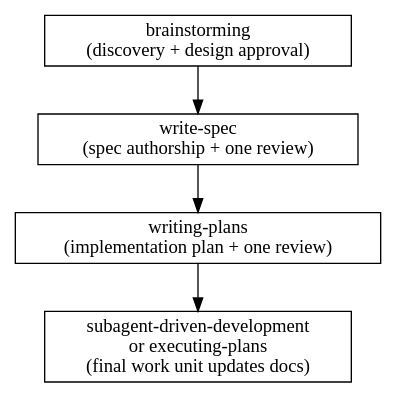
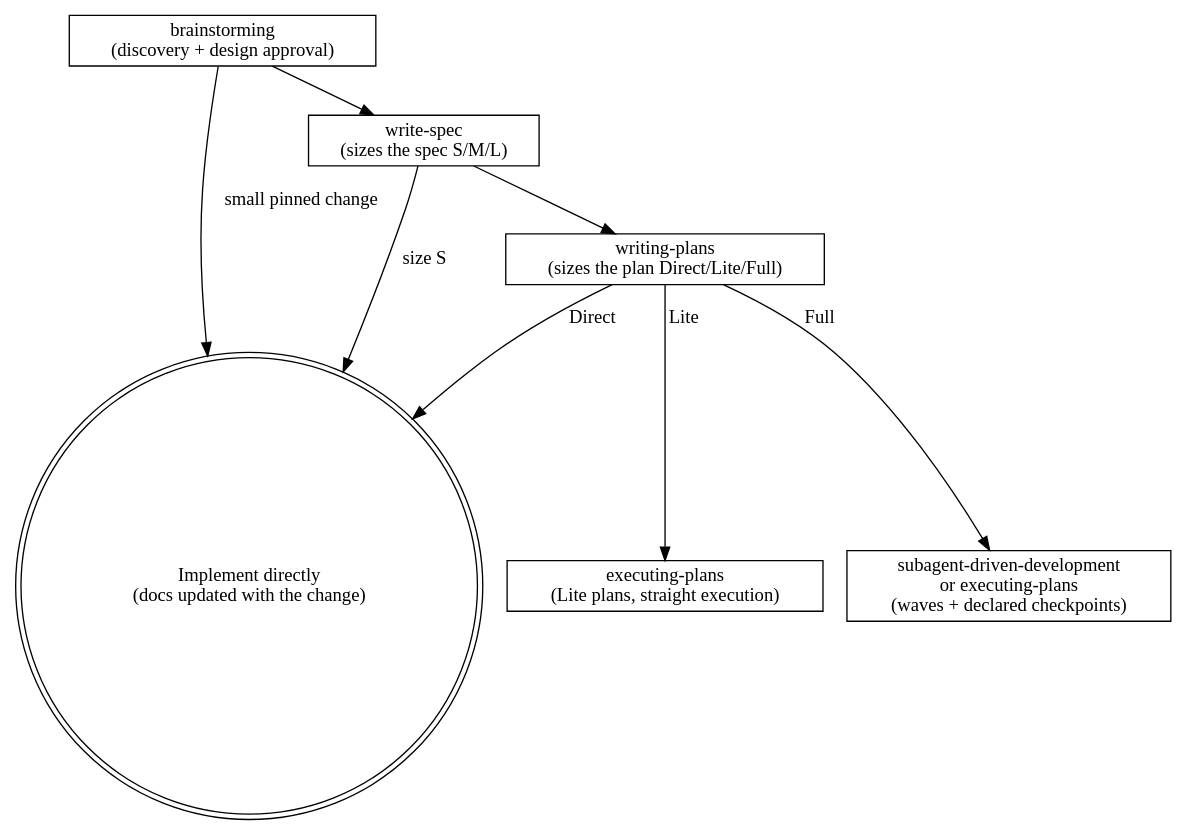
One commit to D3nnis72/Playbook changed the second of 2 diagrams in skills/using-playbook/SKILL.md. Above: the diagram before and after it, drawn with Graphviz. The commit also changed other lines of this file and 7 other files, not shown here.

````diff
--- a/skills/using-playbook/SKILL.md
+++ b/skills/using-playbook/SKILL.md
@@ -128,10 +130,15 @@
 ```dot
 digraph process_chain {
     rankdir=TB;
     node [shape=box];
+    "Implement directly\n(docs updated with the change)" [shape=doublecircle];
 
-    "brainstorming\n(discovery + design approval)" -> "write-spec\n(spec authorship + one review)";
-    "write-spec\n(spec authorship + one review)" -> "writing-plans\n(implementation plan + one review)";
-    "writing-plans\n(implementation plan + one review)" -> "subagent-driven-development\nor executing-plans\n(final work unit updates docs)";
+    "brainstorming\n(discovery + design approval)" -> "write-spec\n(sizes the spec S/M/L)";
+    "brainstorming\n(discovery + design approval)" -> "Implement directly\n(docs updated with the change)" [label="small pinned change"];
+    "write-spec\n(sizes the spec S/M/L)" -> "writing-plans\n(sizes the plan Direct/Lite/Full)";
+    "write-spec\n(sizes the spec S/M/L)" -> "Implement directly\n(docs updated with the change)" [label="size S"];
+    "writing-plans\n(sizes the plan Direct/Lite/Full)" -> "Implement directly\n(docs updated with the change)" [label="Direct"];
+    "writing-plans\n(sizes the plan Direct/Lite/Full)" -> "executing-plans\n(Lite plans, straight execution)" [label="Lite"];
+    "writing-plans\n(sizes the plan Direct/Lite/Full)" -> "subagent-driven-development\nor executing-plans\n(waves + declared checkpoints)" [label="Full"];
 }
 ```
````
